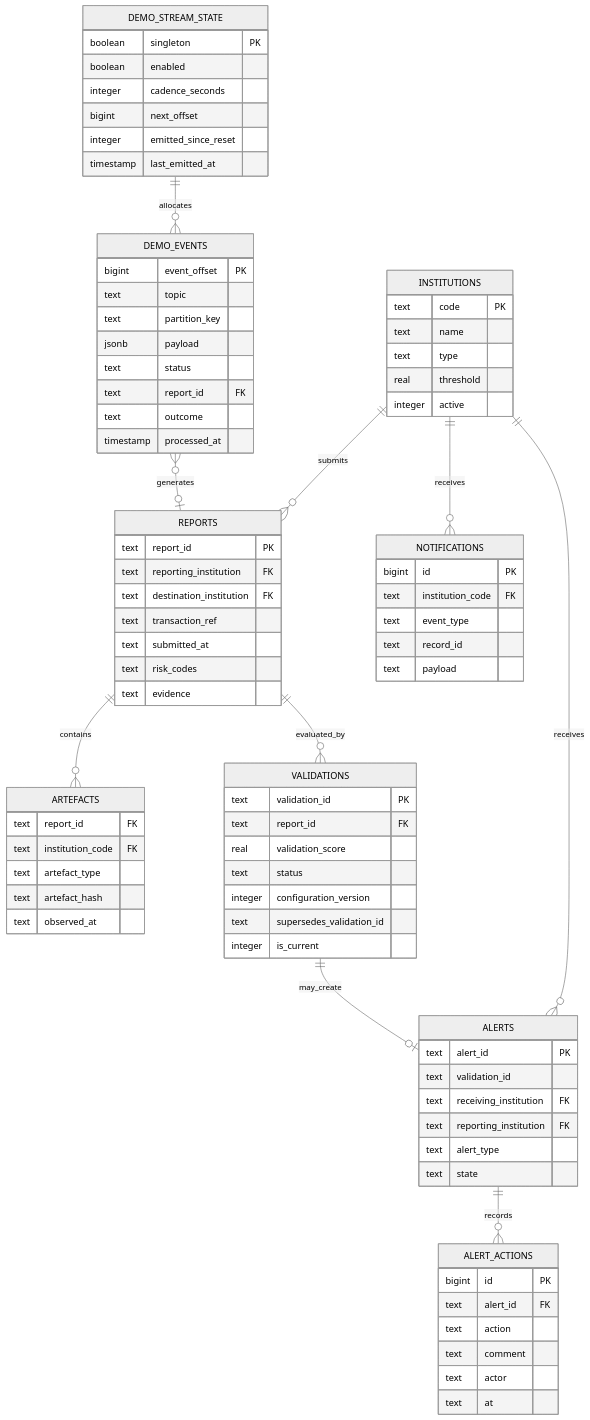
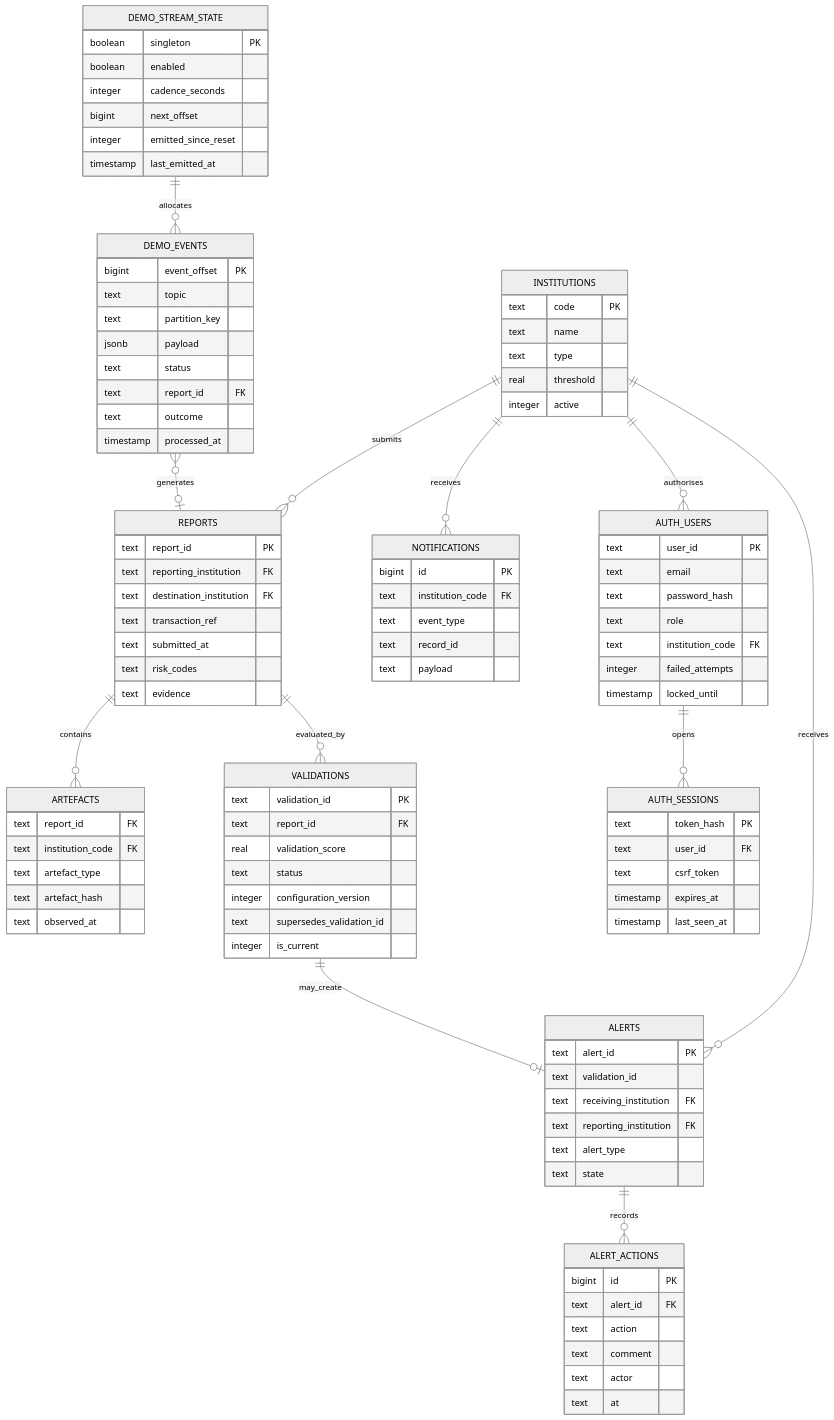
The eighth of 9 diagrams in README.md (tmjoris/kifaru), drawn with Mermaid (neutral theme) before and after one commit. The commit also changed other lines of this file and 34 other files, not shown here.

```diff
--- a/README.md
+++ b/README.md
@@ -269,6 +316,8 @@
     VALIDATIONS ||--o| ALERTS : may_create
     ALERTS ||--o{ ALERT_ACTIONS : records
     INSTITUTIONS ||--o{ NOTIFICATIONS : receives
+    INSTITUTIONS ||--o{ AUTH_USERS : authorises
+    AUTH_USERS ||--o{ AUTH_SESSIONS : opens
     DEMO_STREAM_STATE ||--o{ DEMO_EVENTS : allocates
     DEMO_EVENTS }o--o| REPORTS : generates
 
@@ -327,6 +376,22 @@
         text record_id
         text payload
     }
+    AUTH_USERS {
+        text user_id PK
+        text email
+        text password_hash
+        text role
+        text institution_code FK
+        integer failed_attempts
+        timestamp locked_until
+    }
+    AUTH_SESSIONS {
+        text token_hash PK
+        text user_id FK
+        text csrf_token
+        timestamp expires_at
+        timestamp last_seen_at
+    }
     DEMO_STREAM_STATE {
         boolean singleton PK
         boolean enabled
```
